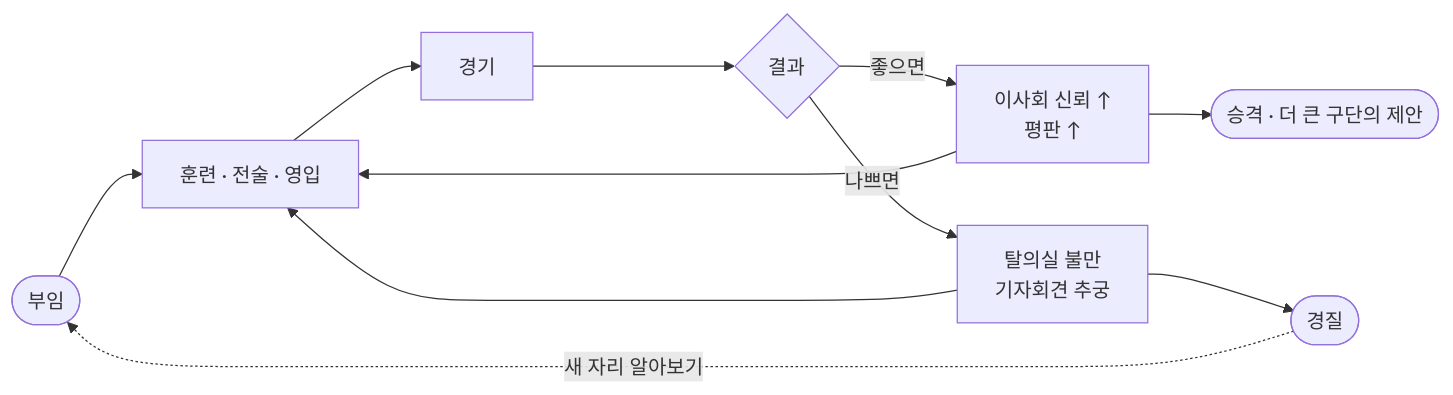
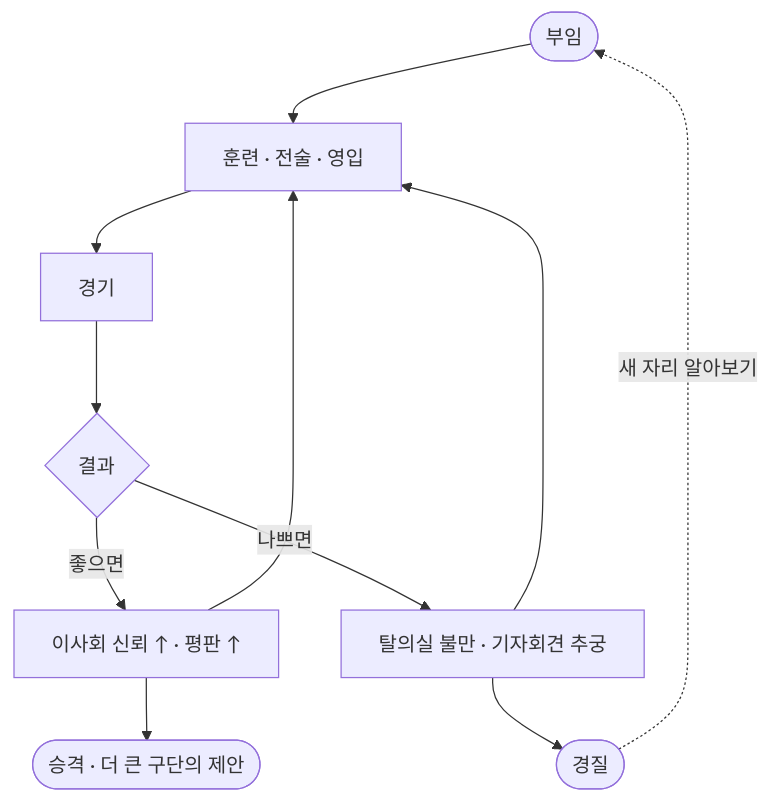
One commit to Sundae-unity-dev/Football-TacticManager changed the first of 2 diagrams in README.md. Above: the diagram before and after it, drawn with Mermaid. The commit also changed other lines of this file and 1 other file, not shown here.

Commit message:
그림 두 장을 세로로 — 가로로 눕히니 오른쪽이 잘립니다
GitHub 의 README 폭은 800px 쯤입니다. flowchart LR 로 여덟 칸을 늘어놓으니
"경질" 노드가 확대 버튼 뒤로 숨었습니다. 눈으로 보고 고쳤습니다.

````diff
--- a/README.md
+++ b/README.md
@@ -10,13 +10,11 @@
 ```mermaid
-flowchart LR
-  S(["부임"]) --> TR["훈련 · 전술 · 영입"]
-  TR --> M["경기"]
-  M --> R{"결과"}
-  R -->|"좋으면"| P["이사회 신뢰 ↑<br/>평판 ↑"]
-  R -->|"나쁘면"| F["탈의실 불만<br/>기자회견 추궁"]
+flowchart TD
+  S(["부임"]) --> TR["훈련 · 전술 · 영입"] --> M["경기"] --> R{"결과"}
+  R -->|"좋으면"| P["이사회 신뢰 ↑ · 평판 ↑"]
+  R -->|"나쁘면"| F["탈의실 불만 · 기자회견 추궁"]
   P --> TR
   F --> TR
   P --> UP(["승격 · 더 큰 구단의 제안"])
   F --> OUT(["경질"])
   OUT -.->|"새 자리 알아보기"| S
 ```
````
